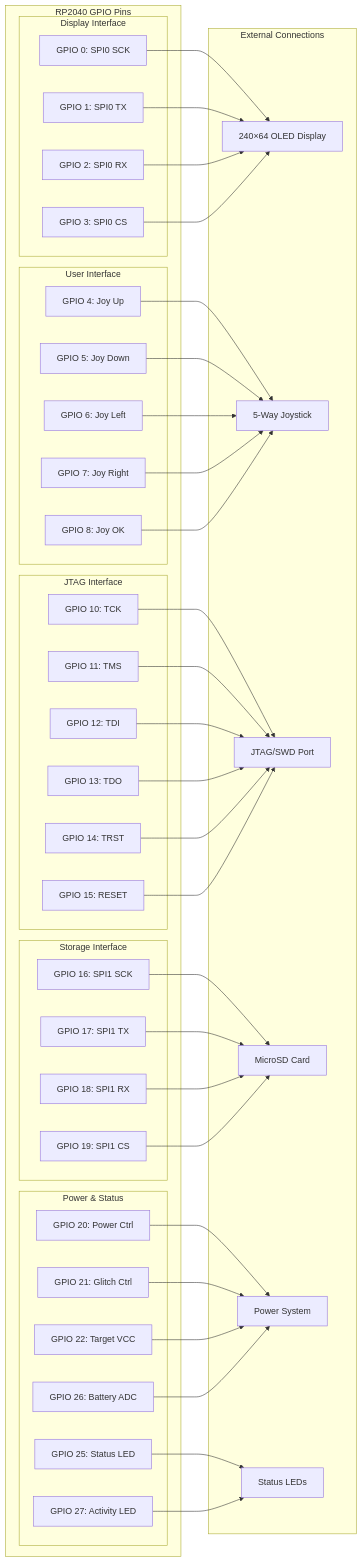
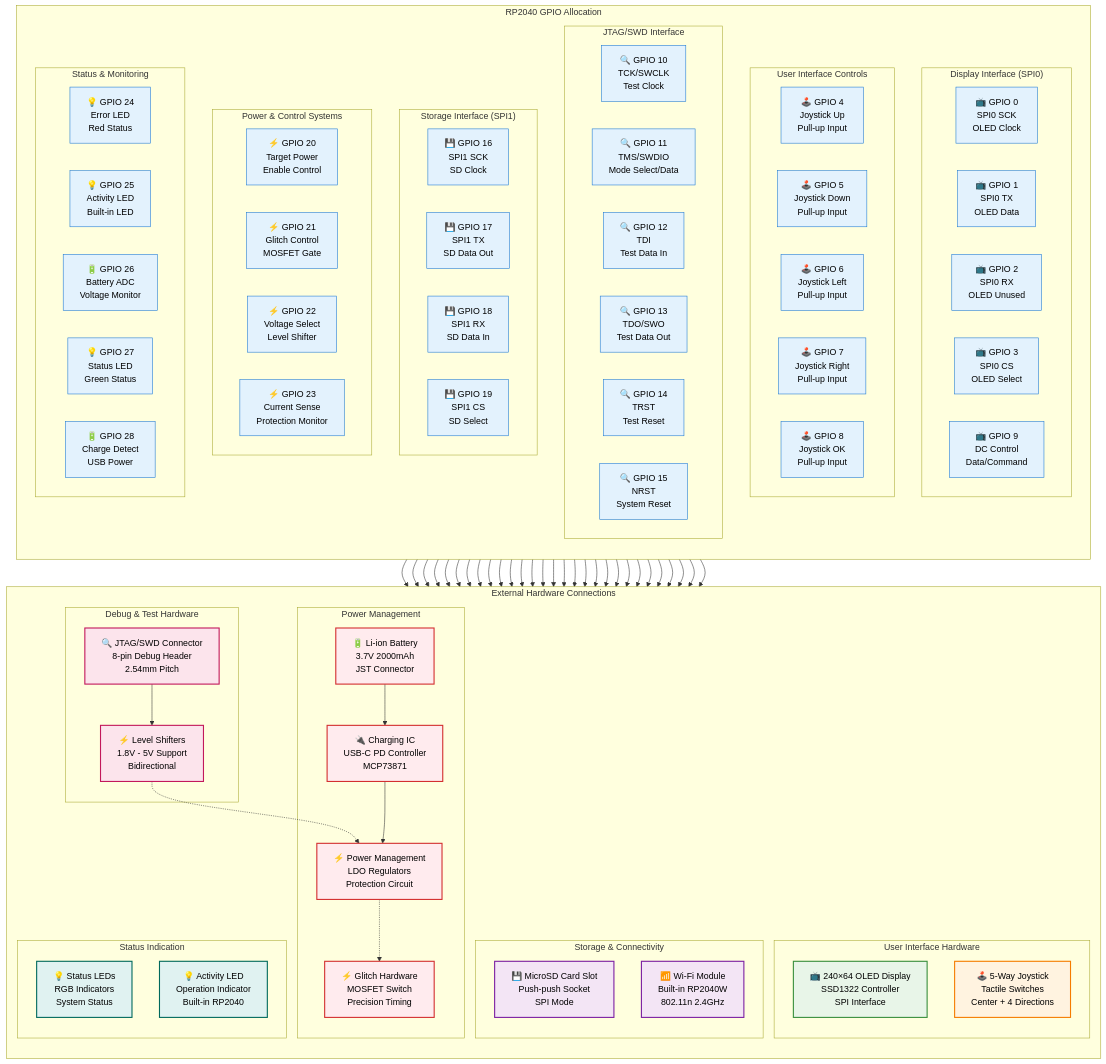
One commit to seedon198/KISS changed the ninth of 10 diagrams in README.md. Above: the diagram before and after it, drawn with Mermaid. The commit also changed other lines of this file and 1 other file, not shown here.

````diff
--- a/README.md
+++ b/README.md
@@ -476,83 +987,150 @@
 ```mermaid
-graph LR
-    subgraph "RP2040 GPIO Pins"
-        subgraph "Display Interface"
-            G0[GPIO 0: SPI0 SCK]
-            G1[GPIO 1: SPI0 TX]
-            G2[GPIO 2: SPI0 RX]
-            G3[GPIO 3: SPI0 CS]
+flowchart TD
+    subgraph "RP2040 GPIO Allocation"
+        direction TB
+        
+        subgraph "Display Interface (SPI0)"
+            direction LR
+            G0[📺 GPIO 0<br/>SPI0 SCK<br/>OLED Clock]
+            G1[📺 GPIO 1<br/>SPI0 TX<br/>OLED Data]
+            G2[📺 GPIO 2<br/>SPI0 RX<br/>OLED Unused]
+            G3[📺 GPIO 3<br/>SPI0 CS<br/>OLED Select]
+            G9[📺 GPIO 9<br/>DC Control<br/>Data/Command]
         end
         
-        subgraph "User Interface"
-            G4[GPIO 4: Joy Up]
-            G5[GPIO 5: Joy Down]
-            G6[GPIO 6: Joy Left]
-            G7[GPIO 7: Joy Right]
-            G8[GPIO 8: Joy OK]
+        subgraph "User Interface Controls"
+            direction LR
+            G4[🕹️ GPIO 4<br/>Joystick Up<br/>Pull-up Input]
+            G5[🕹️ GPIO 5<br/>Joystick Down<br/>Pull-up Input]
+            G6[🕹️ GPIO 6<br/>Joystick Left<br/>Pull-up Input]
+            G7[🕹️ GPIO 7<br/>Joystick Right<br/>Pull-up Input]
+            G8[🕹️ GPIO 8<br/>Joystick OK<br/>Pull-up Input]
         end
         
-        subgraph "JTAG Interface"
-            G10[GPIO 10: TCK]
-            G11[GPIO 11: TMS]
-            G12[GPIO 12: TDI]
-            G13[GPIO 13: TDO]
-            G14[GPIO 14: TRST]
-            G15[GPIO 15: RESET]
+        subgraph "JTAG/SWD Interface"
+            direction LR
+            G10[🔍 GPIO 10<br/>TCK/SWCLK<br/>Test Clock]
+            G11[🔍 GPIO 11<br/>TMS/SWDIO<br/>Mode Select/Data]
+            G12[🔍 GPIO 12<br/>TDI<br/>Test Data In]
+            G13[🔍 GPIO 13<br/>TDO/SWO<br/>Test Data Out]
+            G14[🔍 GPIO 14<br/>TRST<br/>Test Reset]
+            G15[🔍 GPIO 15<br/>NRST<br/>System Reset]
         end
         
-        subgraph "Storage Interface"
-            G16[GPIO 16: SPI1 SCK]
-            G17[GPIO 17: SPI1 TX]
-            G18[GPIO 18: SPI1 RX]
-            G19[GPIO 19: SPI1 CS]
+        subgraph "Storage Interface (SPI1)"
+            direction LR
+            G16[💾 GPIO 16<br/>SPI1 SCK<br/>SD Clock]
+            G17[💾 GPIO 17<br/>SPI1 TX<br/>SD Data Out]
+            G18[💾 GPIO 18<br/>SPI1 RX<br/>SD Data In]
+            G19[💾 GPIO 19<br/>SPI1 CS<br/>SD Select]
         end
         
-        subgraph "Power & Status"
-            G20[GPIO 20: Power Ctrl]
-            G21[GPIO 21: Glitch Ctrl]
-            G22[GPIO 22: Target VCC]
-            G25[GPIO 25: Status LED]
-            G26[GPIO 26: Battery ADC]
-            G27[GPIO 27: Activity LED]
+        subgraph "Power & Control Systems"
+            direction LR
+            G20[⚡ GPIO 20<br/>Target Power<br/>Enable Control]
+            G21[⚡ GPIO 21<br/>Glitch Control<br/>MOSFET Gate]
+            G22[⚡ GPIO 22<br/>Voltage Select<br/>Level Shifter]
+            G23[⚡ GPIO 23<br/>Current Sense<br/>Protection Monitor]
+        end
+        
+        subgraph "Status & Monitoring"
+            direction LR
+            G24[💡 GPIO 24<br/>Error LED<br/>Red Status]
+            G25[💡 GPIO 25<br/>Activity LED<br/>Built-in LED]
+            G26[🔋 GPIO 26<br/>Battery ADC<br/>Voltage Monitor]
+            G27[💡 GPIO 27<br/>Status LED<br/>Green Status]
+            G28[🔋 GPIO 28<br/>Charge Detect<br/>USB Power]
         end
     end
     
-    subgraph "External Connections"
-        OLED[240×64 OLED Display]
-        JOY[5-Way Joystick]
-        JTAG[JTAG/SWD Port]
-        SD[MicroSD Card]
-        PWR[Power System]
-        LED[Status LEDs]
+    subgraph "External Hardware Connections"
+        direction TB
+        
+        subgraph "User Interface Hardware"
+            OLED[📺 240×64 OLED Display<br/>SSD1322 Controller<br/>SPI Interface]
+            JOYSTICK[🕹️ 5-Way Joystick<br/>Tactile Switches<br/>Center + 4 Directions]
+        end
+        
+        subgraph "Debug & Test Hardware"
+            JTAG_CONN[🔍 JTAG/SWD Connector<br/>8-pin Debug Header<br/>2.54mm Pitch]
+            LEVEL_SHIFT[⚡ Level Shifters<br/>1.8V - 5V Support<br/>Bidirectional]
+        end
+        
+        subgraph "Storage & Connectivity"
+            SD_CARD[💾 MicroSD Card Slot<br/>Push-push Socket<br/>SPI Mode]
+            WIFI_MOD[📶 Wi-Fi Module<br/>Built-in RP2040W<br/>802.11n 2.4GHz]
+        end
+        
+        subgraph "Power Management"
+            BATTERY[🔋 Li-ion Battery<br/>3.7V 2000mAh<br/>JST Connector]
+            CHARGE_IC[🔌 Charging IC<br/>USB-C PD Controller<br/>MCP73871]
+            POWER_MGMT[⚡ Power Management<br/>LDO Regulators<br/>Protection Circuit]
+            GLITCH_HW[⚡ Glitch Hardware<br/>MOSFET Switch<br/>Precision Timing]
+        end
+        
+        subgraph "Status Indication"
+            LED_STATUS[💡 Status LEDs<br/>RGB Indicators<br/>System Status]
+            LED_ACTIVITY[💡 Activity LED<br/>Operation Indicator<br/>Built-in RP2040]
+        end
     end
     
+    %% GPIO to Hardware Connections
     G0 --> OLED
     G1 --> OLED
     G2 --> OLED
     G3 --> OLED
+    G9 --> OLED
     
-    G4 --> JOY
-    G5 --> JOY
-    G6 --> JOY
-    G7 --> JOY
-    G8 --> JOY
+    G4 --> JOYSTICK
+    G5 --> JOYSTICK
+    G6 --> JOYSTICK
+    G7 --> JOYSTICK
+    G8 --> JOYSTICK
     
-    G10 --> JTAG
-    G11 --> JTAG
-    G12 --> JTAG
-    G13 --> JTAG
-    G14 --> JTAG
-    G15 --> JTAG
+    G10 --> JTAG_CONN
+    G11 --> JTAG_CONN
+    G12 --> JTAG_CONN
+    G13 --> JTAG_CONN
+    G14 --> JTAG_CONN
+    G15 --> JTAG_CONN
     
-    G16 --> SD
-    G17 --> SD
-    G18 --> SD
-    G19 --> SD
+    G16 --> SD_CARD
+    G17 --> SD_CARD
+    G18 --> SD_CARD
+    G19 --> SD_CARD
     
-    G20 --> PWR
-    G21 --> PWR
-    G22 --> PWR
-    G25 --> LED
-    G26 --> PWR
-    G27 --> LED
+    G20 --> POWER_MGMT
+    G21 --> GLITCH_HW
+    G22 --> LEVEL_SHIFT
+    G23 --> POWER_MGMT
+    
+    G24 --> LED_STATUS
+    G25 --> LED_ACTIVITY
+    G26 --> BATTERY
+    G27 --> LED_STATUS
+    G28 --> CHARGE_IC
+    
+    %% Hardware interconnections
+    JTAG_CONN --> LEVEL_SHIFT
+    LEVEL_SHIFT -.-> POWER_MGMT
+    BATTERY --> CHARGE_IC
+    CHARGE_IC --> POWER_MGMT
+    POWER_MGMT -.-> GLITCH_HW
+    
+    %% Styling
+    classDef gpio fill:#e3f2fd,stroke:#1976d2,stroke-width:1px,color:#000
+    classDef display fill:#e8f5e8,stroke:#388e3c,stroke-width:2px,color:#000
+    classDef ui fill:#fff3e0,stroke:#f57c00,stroke-width:2px,color:#000
+    classDef debug fill:#fce4ec,stroke:#c2185b,stroke-width:2px,color:#000
+    classDef storage fill:#f3e5f5,stroke:#7b1fa2,stroke-width:2px,color:#000
+    classDef power fill:#ffebee,stroke:#d32f2f,stroke-width:2px,color:#000
+    classDef status fill:#e0f2f1,stroke:#00695c,stroke-width:2px,color:#000
+    
+    class G0,G1,G2,G3,G4,G5,G6,G7,G8,G9,G10,G11,G12,G13,G14,G15,G16,G17,G18,G19,G20,G21,G22,G23,G24,G25,G26,G27,G28 gpio
+    class OLED display
+    class JOYSTICK ui
+    class JTAG_CONN,LEVEL_SHIFT debug
+    class SD_CARD,WIFI_MOD storage
+    class BATTERY,CHARGE_IC,POWER_MGMT,GLITCH_HW power
+    class LED_STATUS,LED_ACTIVITY status
 ```
````
